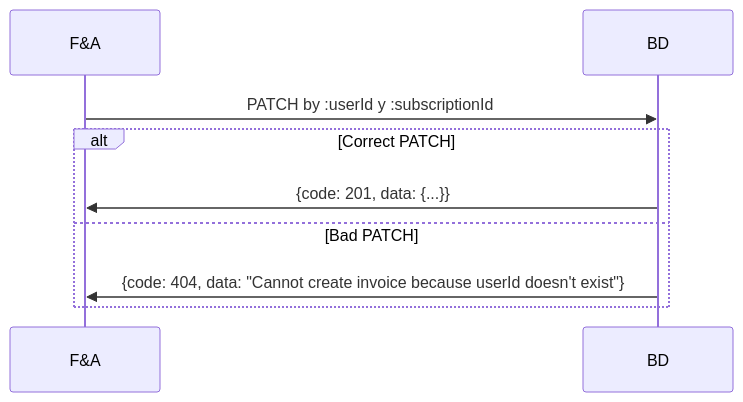
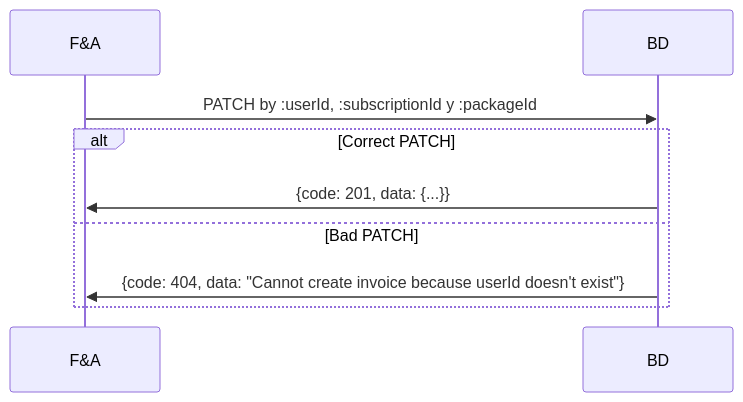
Before and after one commit to LaggerP/facturacion-documentation: the fifth of 9 diagrams in guiauso/backend-endpoints.md, drawn with Mermaid. The commit also changed other lines of this file, not shown here.

Commit message:
changed change subscription status method

````diff
--- a/guiauso/backend-endpoints.md
+++ b/guiauso/backend-endpoints.md
@@ -118,9 +118,9 @@
 ```mermaid
 sequenceDiagram
-    F&A->>BD: PATCH by :userId y :subscriptionId
+    F&A->>BD: PATCH by :userId, :subscriptionId y :packageId
     alt Correct PATCH
         BD->>F&A: {code: 201, data: {...}}
     else Bad PATCH
          BD->>F&A: {code: 404, data: "Cannot create invoice because userId doesn't exist"}
     end
 ```
````
